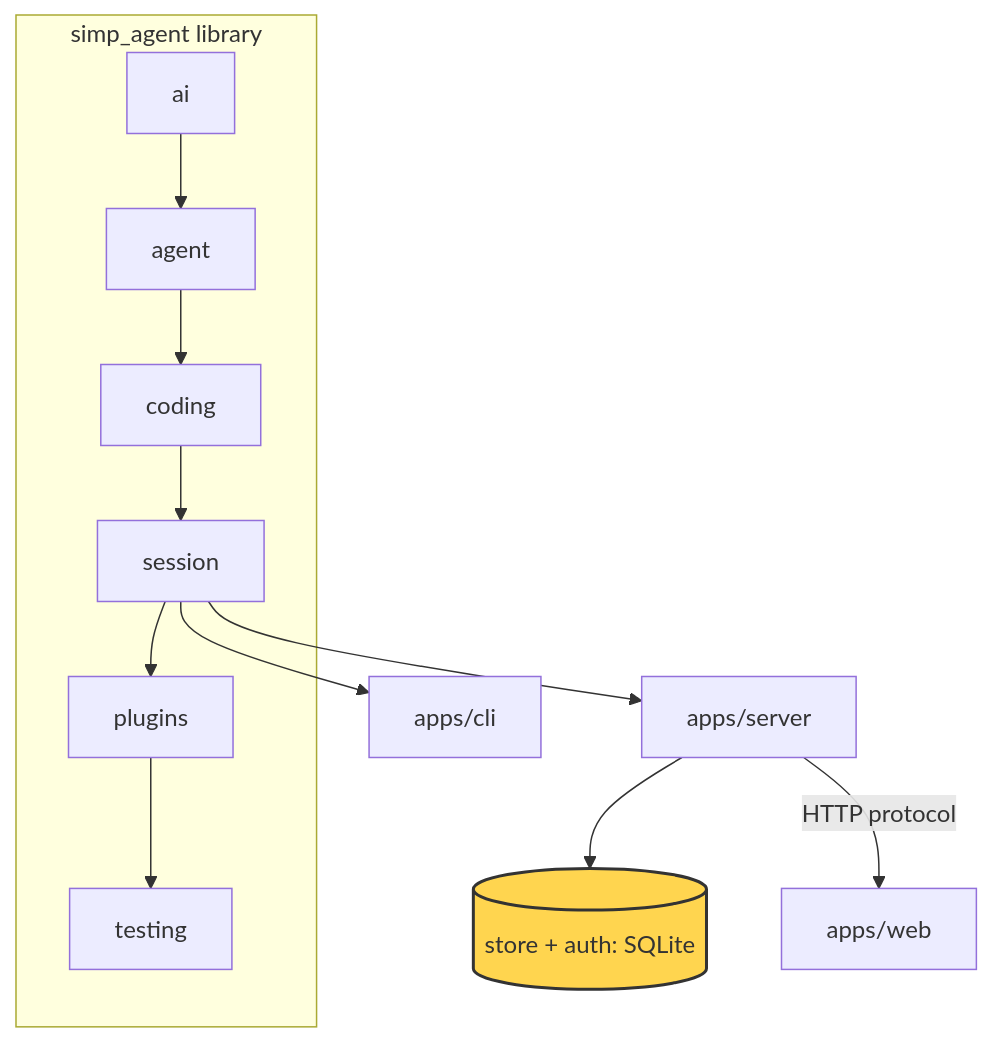
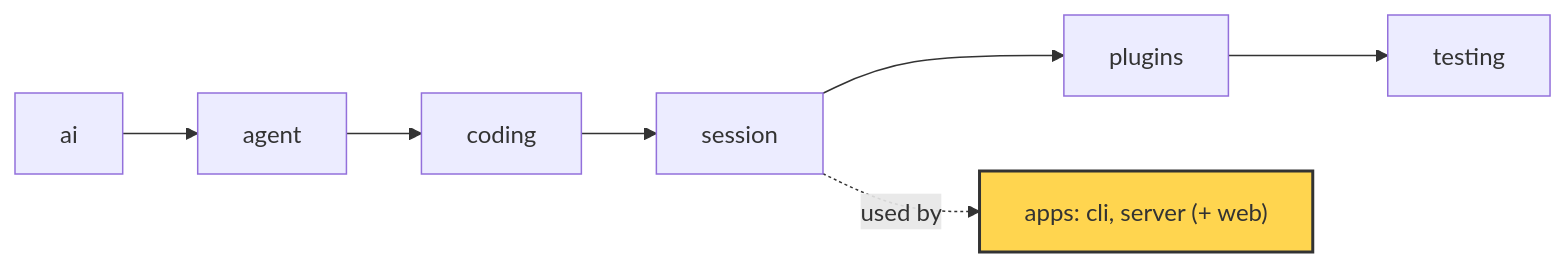
One commit to danhugo/simp-agent changed the diagram in docs/guidebook/22-store-auth.md. Above: the diagram before and after it, drawn with Mermaid. The commit also changed other lines of this file and 3 other files, not shown here.

Commit message:
guidebook: ch22 Auth→Load→Events order, recover home with example, schema to ref-objects

````diff
--- a/docs/guidebook/22-store-auth.md
+++ b/docs/guidebook/22-store-auth.md
@@ -9,11 +9,6 @@
 ```mermaid
-flowchart TB
-    subgraph lib [simp_agent library]
-      ai --> agent --> coding --> session --> plugins --> testing
-    end
-    session --> cli[apps/cli]
-    session --> server[apps/server]
-    server --> store[(store + auth: SQLite)]
-    server -->|HTTP protocol| web[apps/web]
-    style store fill:#ffd54f,stroke:#333,stroke-width:2px
+flowchart LR
+    ai --> agent --> coding --> session --> plugins --> testing
+    session -.used by.-> apps["apps: cli, server (+ web)"]
+    style apps fill:#ffd54f,stroke:#333,stroke-width:2px
 ```
````
